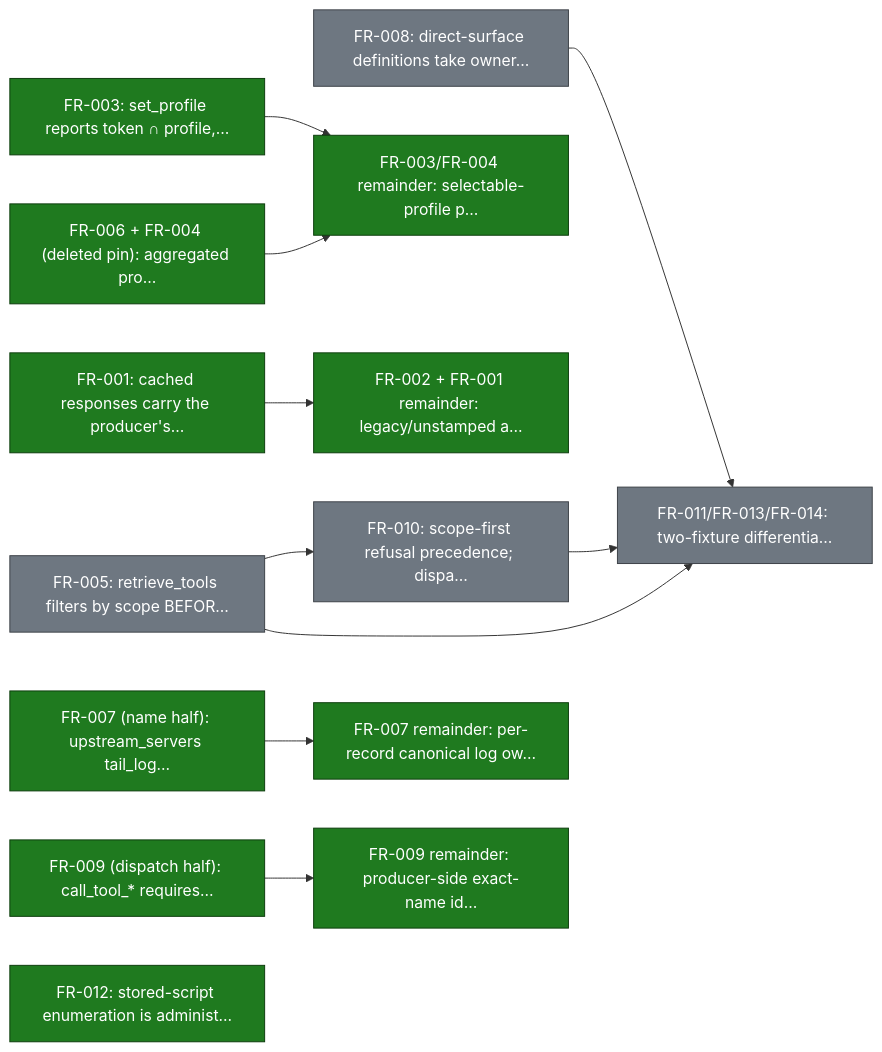
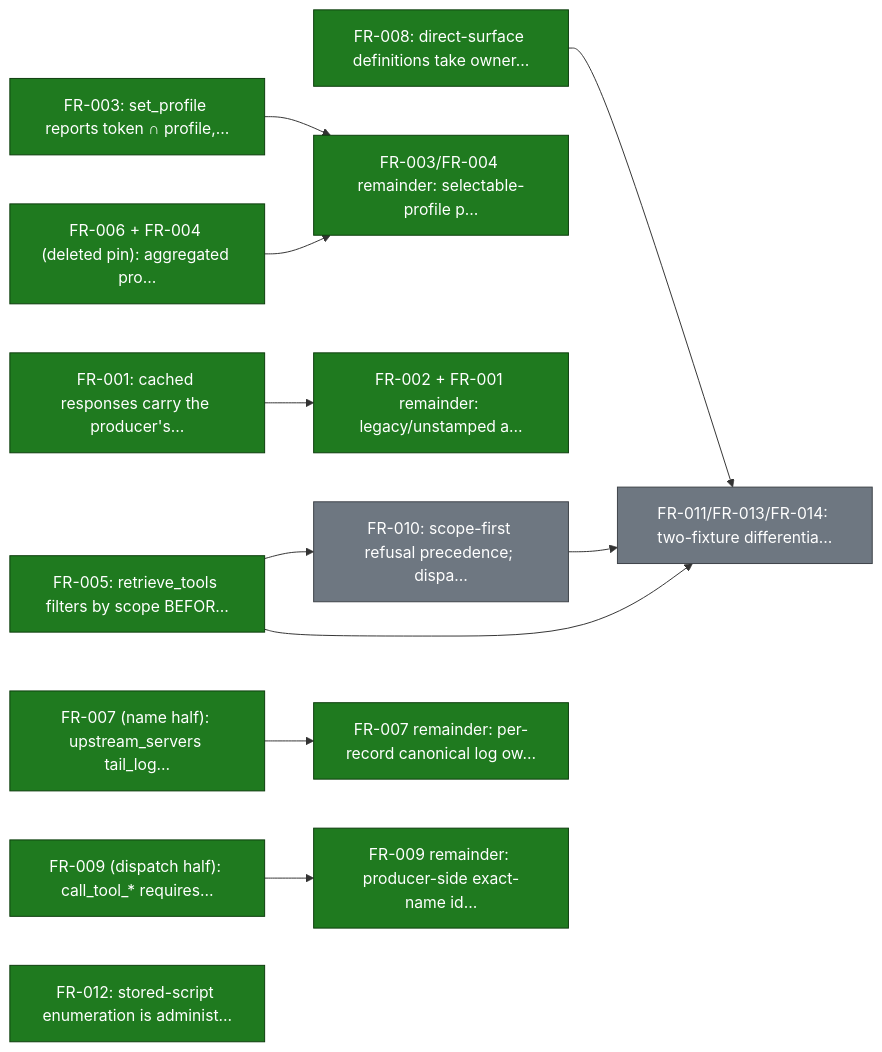
One commit to smart-mcp-proxy/mcpproxy-go changed the fifth of 24 diagrams in ROADMAP.md. Above: the diagram before and after it, drawn with Mermaid. The commit also changed other lines of this file and 1 other file, not shown here.

Commit message:
docs: flip roadmap.yaml scope-retrieve-tools and scope-direct-publication to done
Spec 105 PR C (#1325) and PR F (#1326) both merged; roadmap.yaml still
read status: todo for both since the implementing agents intentionally
left them unflipped pending merge review, per this repo's "no merge
without instruction" convention for security PRs.

````diff
--- a/ROADMAP.md
+++ b/ROADMAP.md
@@ -216,32 +216,32 @@
 ```mermaid
 graph LR
   scope_fix_target_tier["FR-009 (dispatch half): call_tool_* requires…"]
   scope_fix_tail_log["FR-007 (name half): upstream_servers tail_log…"]
   scope_fix_set_profile["FR-003: set_profile reports token ∩ profile,…"]
   scope_fix_read_cache["FR-001: cached responses carry the producer's…"]
   scope_fix_prompts_profile_url["FR-006 + FR-004 (deleted pin): aggregated pro…"]
   scope_retrieve_tools["FR-005: retrieve_tools filters by scope BEFOR…"]
   scope_direct_publication["FR-008: direct-surface definitions take owner…"]
   scope_refusal_shapes["FR-010: scope-first refusal precedence; dispa…"]
   scope_selectable_profile_predicate["FR-003/FR-004 remainder: selectable-profile p…"]
   scope_cache_legacy_invalidation["FR-002 + FR-001 remainder: legacy/unstamped a…"]
   scope_log_attribution["FR-007 remainder: per-record canonical log ow…"]
   scope_target_identity_producers["FR-009 remainder: producer-side exact-name id…"]
   scope_fix_stored_script_admin["FR-012: stored-script enumeration is administ…"]
   scope_regression_suite["FR-011/FR-013/FR-014: two-fixture differentia…"]
 
   scope_retrieve_tools --> scope_refusal_shapes
   scope_fix_set_profile --> scope_selectable_profile_predicate
   scope_fix_prompts_profile_url --> scope_selectable_profile_predicate
   scope_fix_read_cache --> scope_cache_legacy_invalidation
   scope_fix_tail_log --> scope_log_attribution
   scope_fix_target_tier --> scope_target_identity_producers
   scope_retrieve_tools --> scope_regression_suite
   scope_direct_publication --> scope_regression_suite
   scope_refusal_shapes --> scope_regression_suite
 
   classDef done fill:#1f7a1f,stroke:#0d3d0d,color:#ffffff;
   classDef todo fill:#6e7781,stroke:#3d4248,color:#ffffff;
-  class scope_fix_target_tier,scope_fix_tail_log,scope_fix_set_profile,scope_fix_read_cache,scope_fix_prompts_profile_url,scope_selectable_profile_predicate,scope_cache_legacy_invalidation,scope_log_attribution,scope_target_identity_producers,scope_fix_stored_script_admin done;
-  class scope_retrieve_tools,scope_direct_publication,scope_refusal_shapes,scope_regression_suite todo;
+  class scope_fix_target_tier,scope_fix_tail_log,scope_fix_set_profile,scope_fix_read_cache,scope_fix_prompts_profile_url,scope_retrieve_tools,scope_direct_publication,scope_selectable_profile_predicate,scope_cache_legacy_invalidation,scope_log_attribution,scope_target_identity_producers,scope_fix_stored_script_admin done;
+  class scope_refusal_shapes,scope_regression_suite todo;
 ```
````
